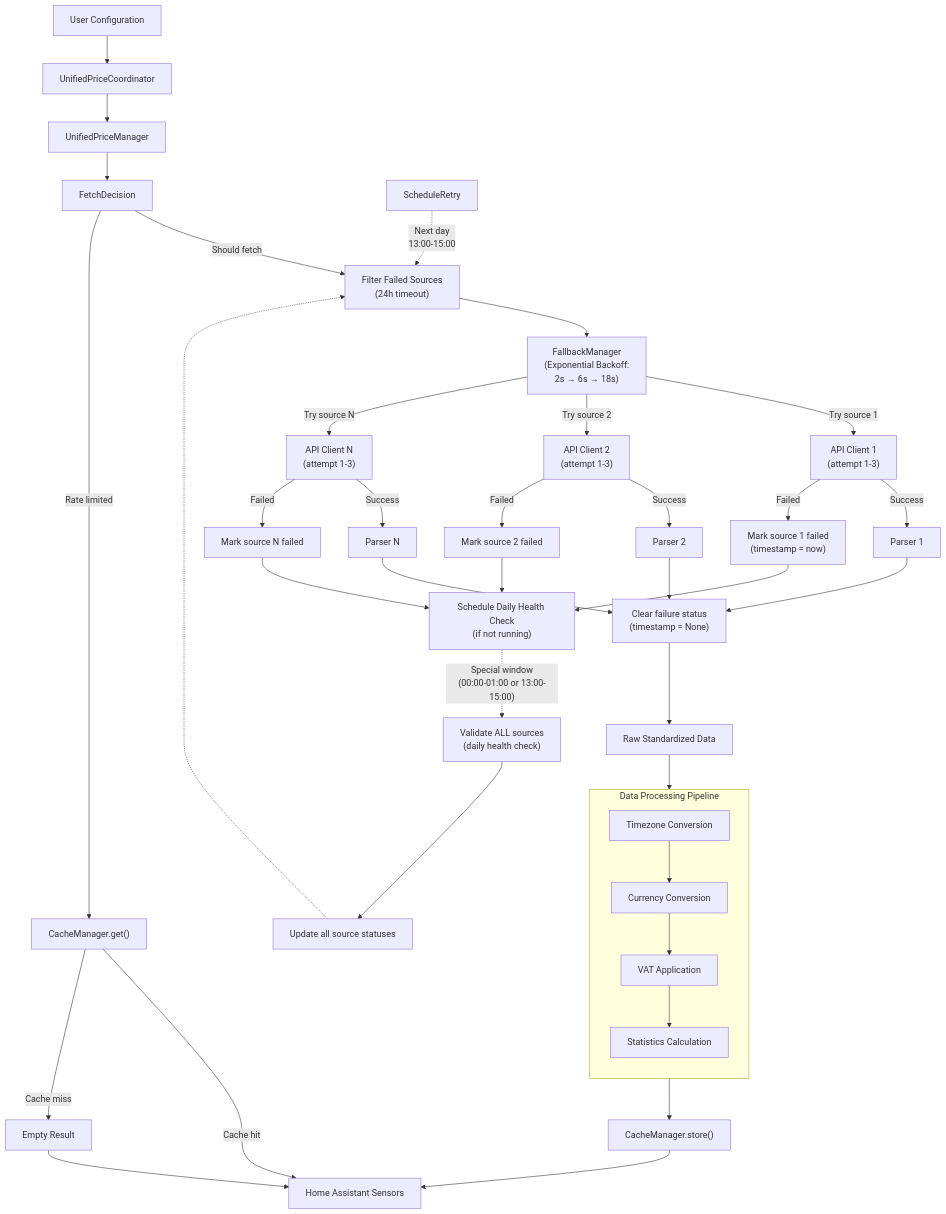
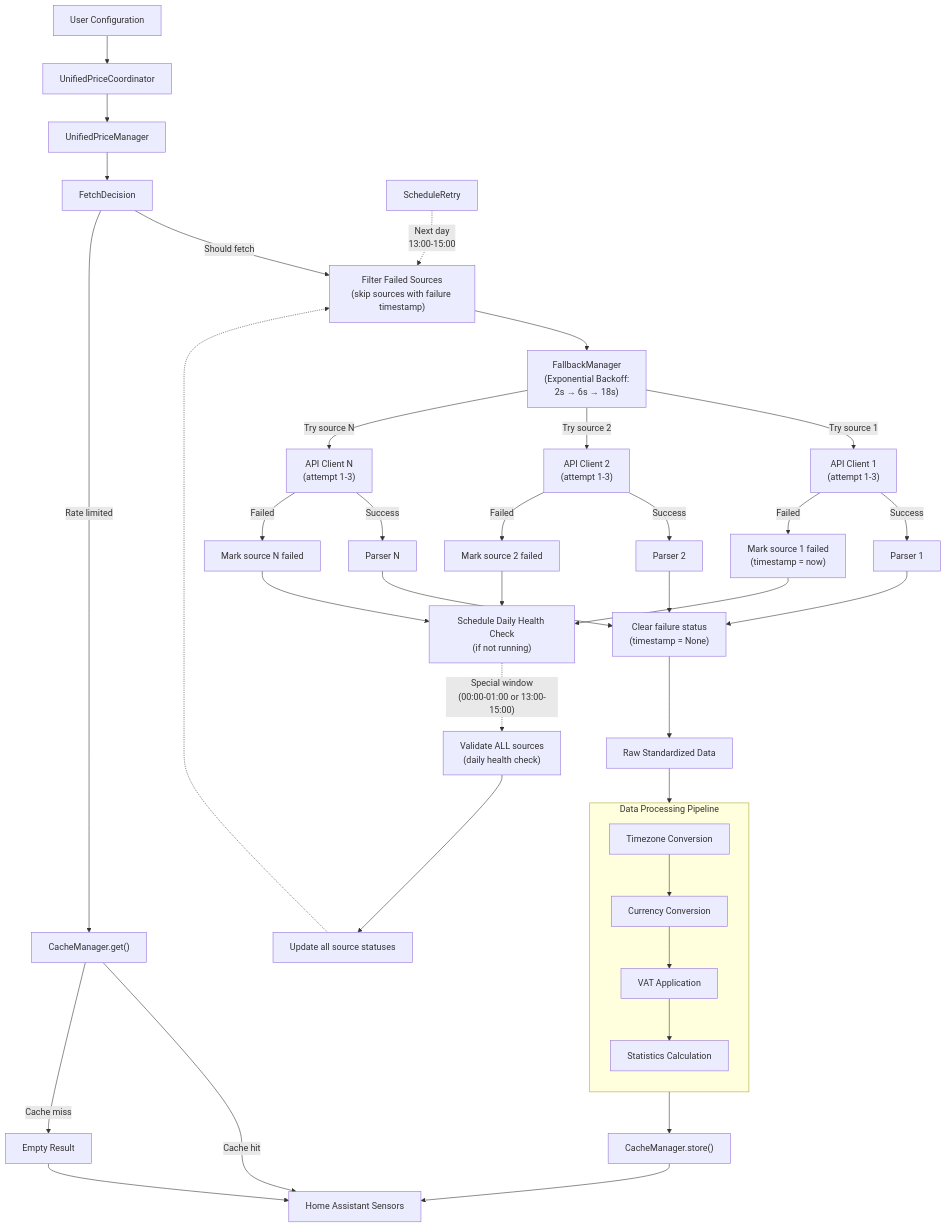
One commit to enoch85/ge-spot changed the first of 4 diagrams in README.md. Above: the diagram before and after it, drawn with Mermaid. The commit also changed other lines of this file and 4 other files, not shown here.

````diff
--- a/README.md
+++ b/README.md
@@ -514,55 +514,55 @@
 ```mermaid
 flowchart TD
     Config["User Configuration"] --> Coord["UnifiedPriceCoordinator"]
     Coord --> UPM["UnifiedPriceManager"]
     
     UPM --> FetchDecision["FetchDecision"]
-    FetchDecision --> |"Should fetch"| FilterSources["Filter Failed Sources<br/>(24h timeout)"]
+    FetchDecision --> |"Should fetch"| FilterSources["Filter Failed Sources<br/>(skip sources with failure timestamp)"]
     FetchDecision --> |"Rate limited"| Cache["CacheManager.get()"]
     
     FilterSources --> FallbackMgr["FallbackManager<br/>(Exponential Backoff:<br/>2s → 6s → 18s)"]
     
     FallbackMgr --> |"Try source 1"| API1["API Client 1<br/>(attempt 1-3)"]
     FallbackMgr --> |"Try source 2"| API2["API Client 2<br/>(attempt 1-3)"] 
     FallbackMgr --> |"Try source N"| APIN["API Client N<br/>(attempt 1-3)"]
     
     API1 --> |"Success"| Parser1["Parser 1"]
     API2 --> |"Success"| Parser2["Parser 2"]
     APIN --> |"Success"| ParserN["Parser N"]
     
     API1 --> |"Failed"| MarkFailed1["Mark source 1 failed<br/>(timestamp = now)"]
     API2 --> |"Failed"| MarkFailed2["Mark source 2 failed"]
     APIN --> |"Failed"| MarkFailedN["Mark source N failed"]
     
     MarkFailed1 --> ScheduleHealthCheck["Schedule Daily Health Check<br/>(if not running)"]
     MarkFailed2 --> ScheduleHealthCheck
     MarkFailedN --> ScheduleHealthCheck
     
     ScheduleHealthCheck -.-> |"Special window<br/>(00:00-01:00 or 13:00-15:00)"| HealthCheck["Validate ALL sources<br/>(daily health check)"]
     HealthCheck --> UpdateAllStatus["Update all source statuses"]
     UpdateAllStatus -.-> FilterSources
     
     Parser1 --> ClearFailed["Clear failure status<br/>(timestamp = None)"]
     Parser2 --> ClearFailed
     ParserN --> ClearFailed
     
     ClearFailed --> RawData["Raw Standardized Data"]
     
     RawData --> DataProcessor["DataProcessor"]
     
     subgraph DataProcessor["Data Processing Pipeline"]
         direction TB
         TZ["Timezone Conversion"] --> Currency["Currency Conversion"]
         Currency --> VAT["VAT Application"]
         VAT --> Stats["Statistics Calculation"]
     end
     
     DataProcessor --> CacheStore["CacheManager.store()"]
     CacheStore --> Sensors["Home Assistant Sensors"]
     
     Cache --> |"Cache hit"| Sensors
     Cache --> |"Cache miss"| EmptyResult["Empty Result"]
     EmptyResult --> Sensors
     
     ScheduleRetry -.-> |"Next day<br/>13:00-15:00"| FilterSources
 ```
````
